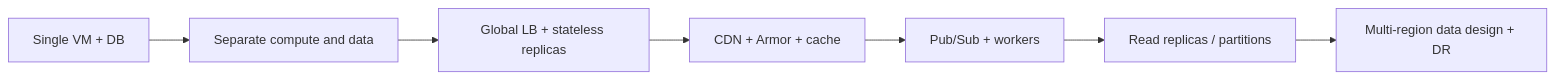
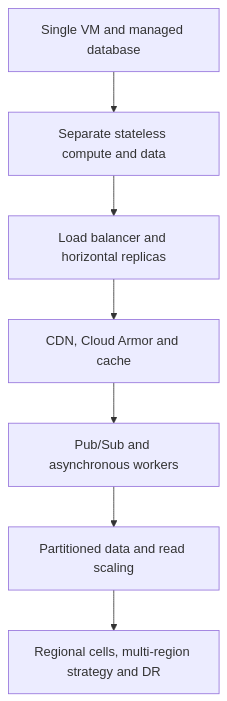
One commit to luckyhegde6/HLD_patterns changed the seventh of 7 diagrams in cloud_architecture/gcp_reference_architecture.md. Above: the diagram before and after it, drawn with Mermaid. The commit also changed other lines of this file, not shown here.

Commit message:
docs: fix GCP reference Mermaid and complete trust and scaling sections

````diff
--- a/cloud_architecture/gcp_reference_architecture.md
+++ b/cloud_architecture/gcp_reference_architecture.md
@@ -147,9 +186,9 @@
 ```mermaid
-flowchart LR
-  A[Single VM + DB] --> B[Separate compute and data]
-  B --> C[Global LB + stateless replicas]
-  C --> D[CDN + Armor + cache]
-  D --> E[Pub/Sub + workers]
-  E --> F[Read replicas / partitions]
-  F --> G[Multi-region data design + DR]
+flowchart TD
+  A[Single VM and managed database] --> B[Separate stateless compute and data]
+  B --> C[Load balancer and horizontal replicas]
+  C --> D[CDN, Cloud Armor and cache]
+  D --> E[Pub/Sub and asynchronous workers]
+  E --> F[Partitioned data and read scaling]
+  F --> G[Regional cells, multi-region strategy and DR]
 ```
````
